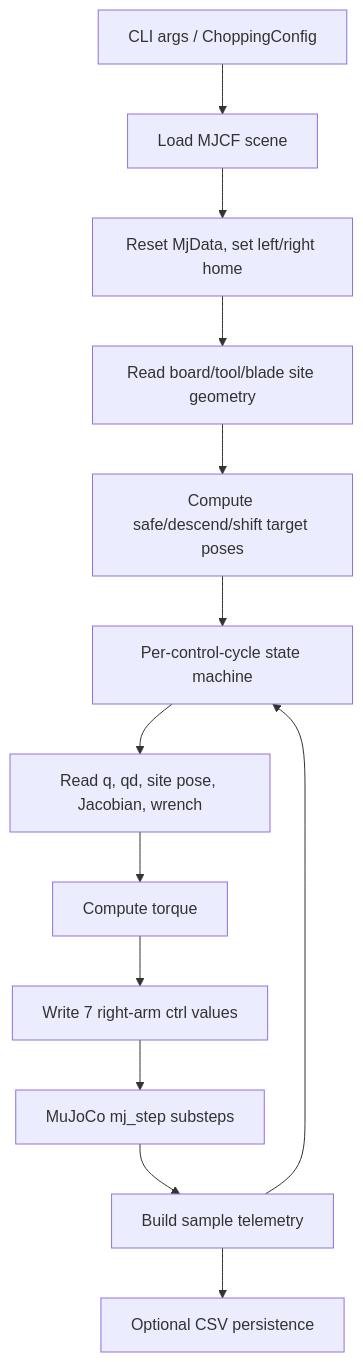
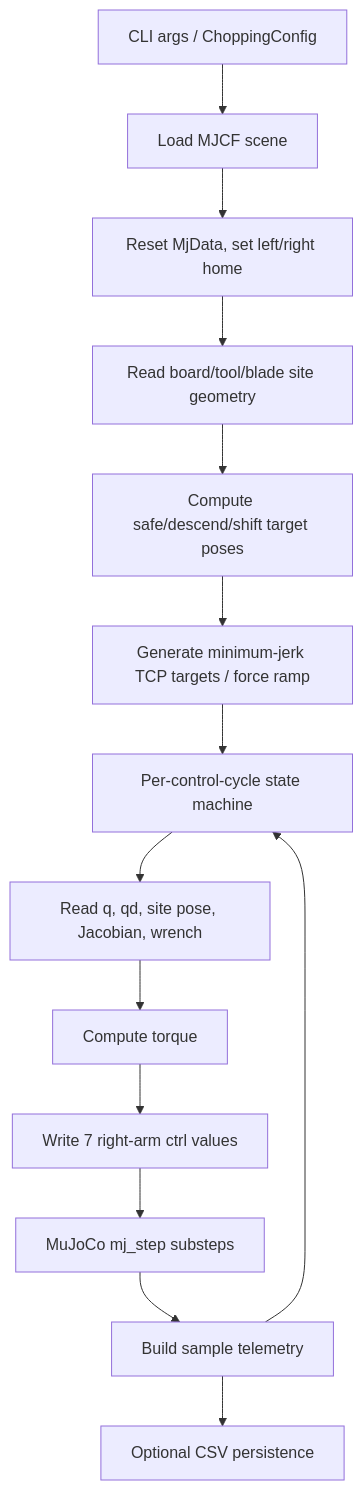
The second of 2 diagrams in docs/ARCHITECTURE.md (timothijoe/tianji_robotic_project), drawn with Mermaid before and after one commit. The commit also changed other lines of this file and 5 other files, not shown here.

````diff
--- a/docs/ARCHITECTURE.md
+++ b/docs/ARCHITECTURE.md
@@ -157,15 +170,16 @@
 ```mermaid
 flowchart TD
     CLI[CLI args / ChoppingConfig] --> Load[Load MJCF scene]
     Load --> Reset[Reset MjData, set left/right home]
     Reset --> Geometry[Read board/tool/blade site geometry]
     Geometry --> Targets[Compute safe/descend/shift target poses]
-    Targets --> Loop[Per-control-cycle state machine]
+    Targets --> Traj[Generate minimum-jerk TCP targets / force ramp]
+    Traj --> Loop[Per-control-cycle state machine]
     Loop --> Read[Read q, qd, site pose, Jacobian, wrench]
     Read --> Compute[Compute torque]
     Compute --> Apply[Write 7 right-arm ctrl values]
     Apply --> Step[MuJoCo mj_step substeps]
     Step --> Sample[Build sample telemetry]
     Sample --> Loop
     Sample --> CSV[Optional CSV persistence]
 ```
````
